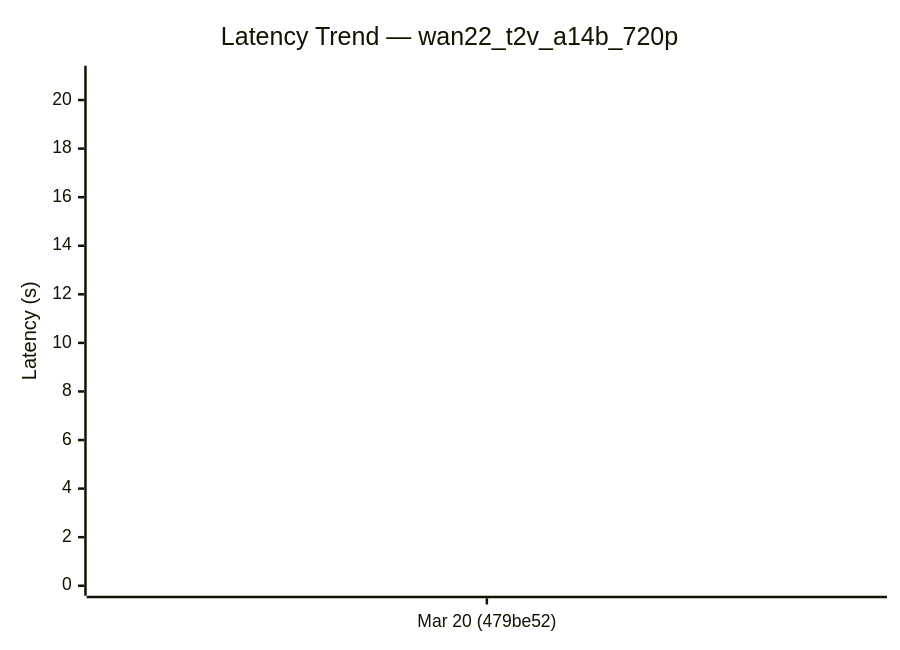
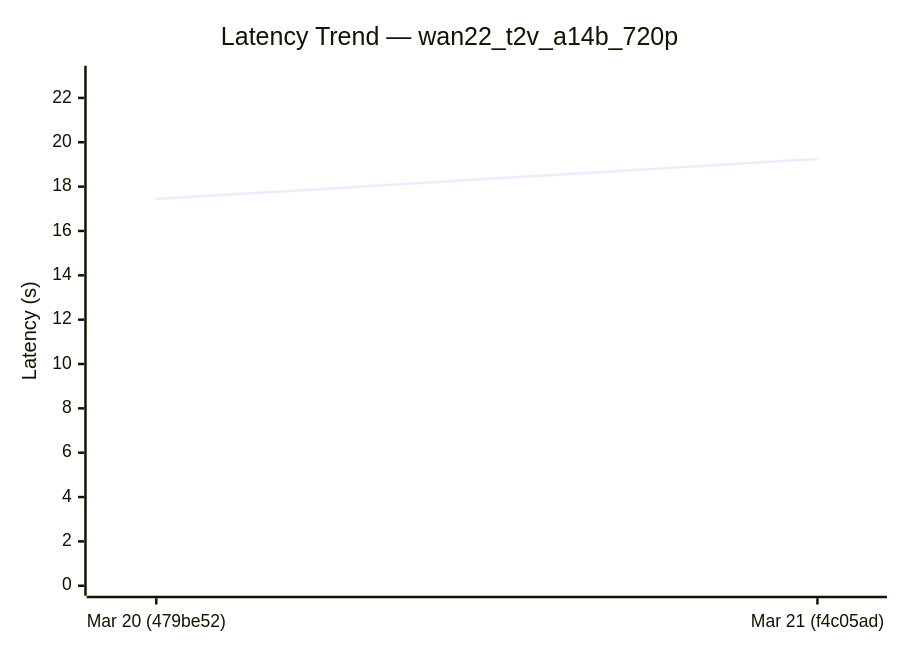
The sixth of 8 diagrams in diffusion-comparisons/dashboard.md (sglang-bot/sglang-ci-data), drawn with Mermaid before and after one commit. The commit also changed other lines of this file and 1 other file, not shown here.

````diff
--- a/diffusion-comparisons/dashboard.md
+++ b/diffusion-comparisons/dashboard.md
@@ -95,7 +96,7 @@
 ```mermaid
 xychart-beta
   title "Latency Trend — wan22_t2v_a14b_720p"
-  x-axis ["Mar 20 (479be52)"]
-  y-axis "Latency (s)" 0 --> 21
-  line [17.44]
+  x-axis ["Mar 20 (479be52)", "Mar 21 (f4c05ad)"]
+  y-axis "Latency (s)" 0 --> 23
+  line [17.44, 19.25]
 ```
````
